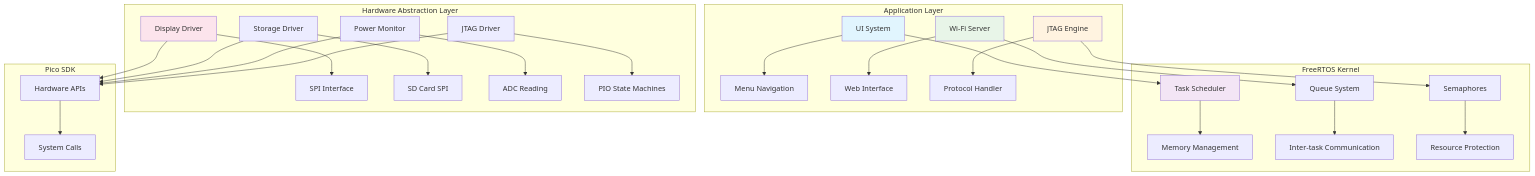
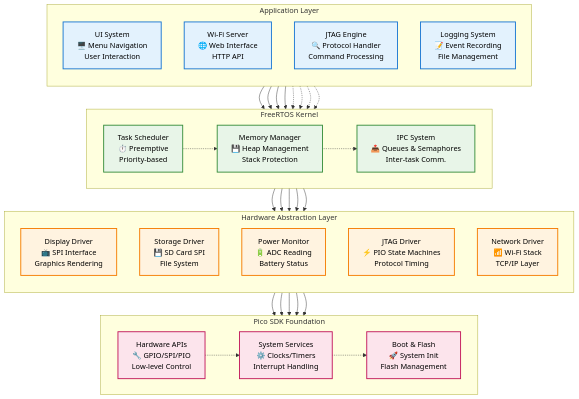
One commit to seedon198/KISS changed the third of 10 diagrams in README.md. Above: the diagram before and after it, drawn with Mermaid. The commit also changed other lines of this file and 1 other file, not shown here.

````diff
--- a/README.md
+++ b/README.md
@@ -100,39 +261,74 @@
 ```mermaid
-graph TD
+flowchart TD
     subgraph "Application Layer"
-        A[UI System] --> B[Menu Navigation]
-        C[Wi-Fi Server] --> D[Web Interface]
-        E[JTAG Engine] --> F[Protocol Handler]
+        direction TB
+        APP1[UI System<br/>🖥️ Menu Navigation<br/>User Interaction]
+        APP2[Wi-Fi Server<br/>🌐 Web Interface<br/>HTTP API]
+        APP3[JTAG Engine<br/>🔍 Protocol Handler<br/>Command Processing]
+        APP4[Logging System<br/>📝 Event Recording<br/>File Management]
     end
     
     subgraph "FreeRTOS Kernel"
-        G[Task Scheduler] --> H[Memory Management]
-        I[Queue System] --> J[Inter-task Communication]
-        K[Semaphores] --> L[Resource Protection]
+        direction LR
+        RTOS1[Task Scheduler<br/>⏱️ Preemptive<br/>Priority-based]
+        RTOS2[Memory Manager<br/>💾 Heap Management<br/>Stack Protection]
+        RTOS3[IPC System<br/>📤 Queues & Semaphores<br/>Inter-task Comm.]
     end
     
     subgraph "Hardware Abstraction Layer"
-        M[Display Driver] --> N[SPI Interface]
-        O[Storage Driver] --> P[SD Card SPI]
-        Q[Power Monitor] --> R[ADC Reading]
-        S[JTAG Driver] --> T[PIO State Machines]
+        direction TB
+        HAL1[Display Driver<br/>📺 SPI Interface<br/>Graphics Rendering]
+        HAL2[Storage Driver<br/>💾 SD Card SPI<br/>File System]
+        HAL3[Power Monitor<br/>🔋 ADC Reading<br/>Battery Status]
+        HAL4[JTAG Driver<br/>⚡ PIO State Machines<br/>Protocol Timing]
+        HAL5[Network Driver<br/>📶 Wi-Fi Stack<br/>TCP/IP Layer]
     end
     
-    subgraph "Pico SDK"
-        U[Hardware APIs] --> V[System Calls]
+    subgraph "Pico SDK Foundation"
+        direction LR
+        SDK1[Hardware APIs<br/>🔧 GPIO/SPI/PIO<br/>Low-level Control]
+        SDK2[System Services<br/>⚙️ Clocks/Timers<br/>Interrupt Handling]
+        SDK3[Boot & Flash<br/>🚀 System Init<br/>Flash Management]
     end
     
-    A --> G
-    C --> I
-    E --> K
-    M --> U
-    O --> U
-    Q --> U
-    S --> U
+    %% Vertical connections (layered architecture)
+    APP1 --> RTOS1
+    APP2 --> RTOS1
+    APP3 --> RTOS1
+    APP4 --> RTOS1
     
-    style A fill:#e1f5fe
-    style C fill:#e8f5e8
-    style E fill:#fff3e0
-    style G fill:#f3e5f5
-    style M fill:#fce4ec
+    RTOS1 --> HAL1
+    RTOS1 --> HAL2
+    RTOS1 --> HAL3
+    RTOS1 --> HAL4
+    RTOS1 --> HAL5
+    
+    HAL1 --> SDK1
+    HAL2 --> SDK1
+    HAL3 --> SDK1
+    HAL4 --> SDK1
+    HAL5 --> SDK1
+    
+    %% Horizontal connections (inter-component)
+    APP1 -.-> RTOS3
+    APP2 -.-> RTOS3
+    APP3 -.-> RTOS3
+    APP4 -.-> RTOS3
+    
+    RTOS1 -.-> RTOS2
+    RTOS2 -.-> RTOS3
+    
+    SDK1 -.-> SDK2
+    SDK2 -.-> SDK3
+    
+    %% Styling
+    classDef application fill:#e3f2fd,stroke:#1976d2,stroke-width:2px,color:#000
+    classDef rtos fill:#e8f5e8,stroke:#388e3c,stroke-width:2px,color:#000
+    classDef hal fill:#fff3e0,stroke:#f57c00,stroke-width:2px,color:#000
+    classDef sdk fill:#fce4ec,stroke:#c2185b,stroke-width:2px,color:#000
+    
+    class APP1,APP2,APP3,APP4 application
+    class RTOS1,RTOS2,RTOS3 rtos
+    class HAL1,HAL2,HAL3,HAL4,HAL5 hal
+    class SDK1,SDK2,SDK3 sdk
 ```
````
